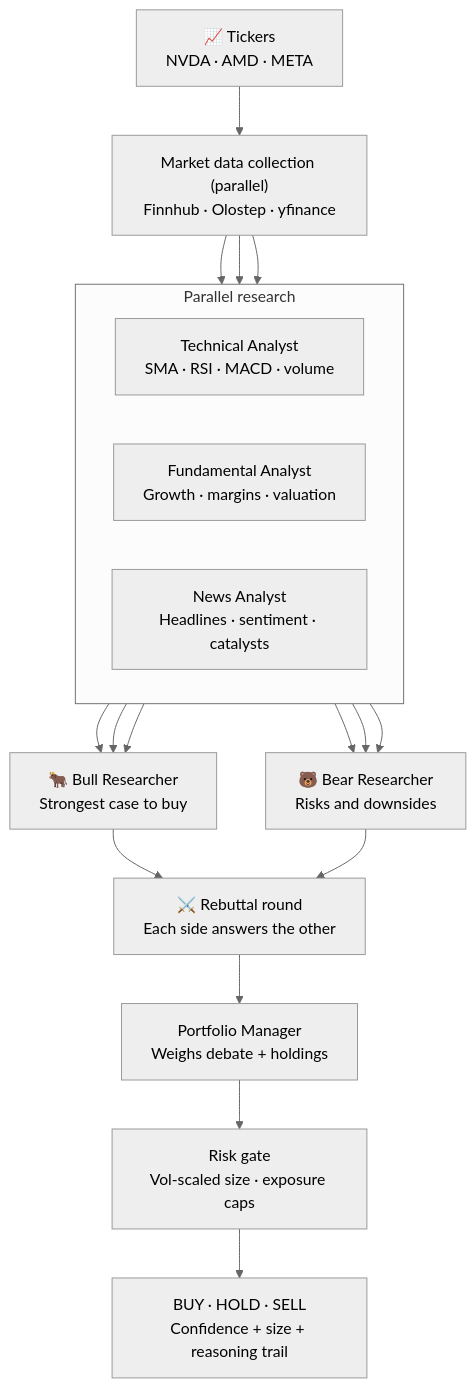
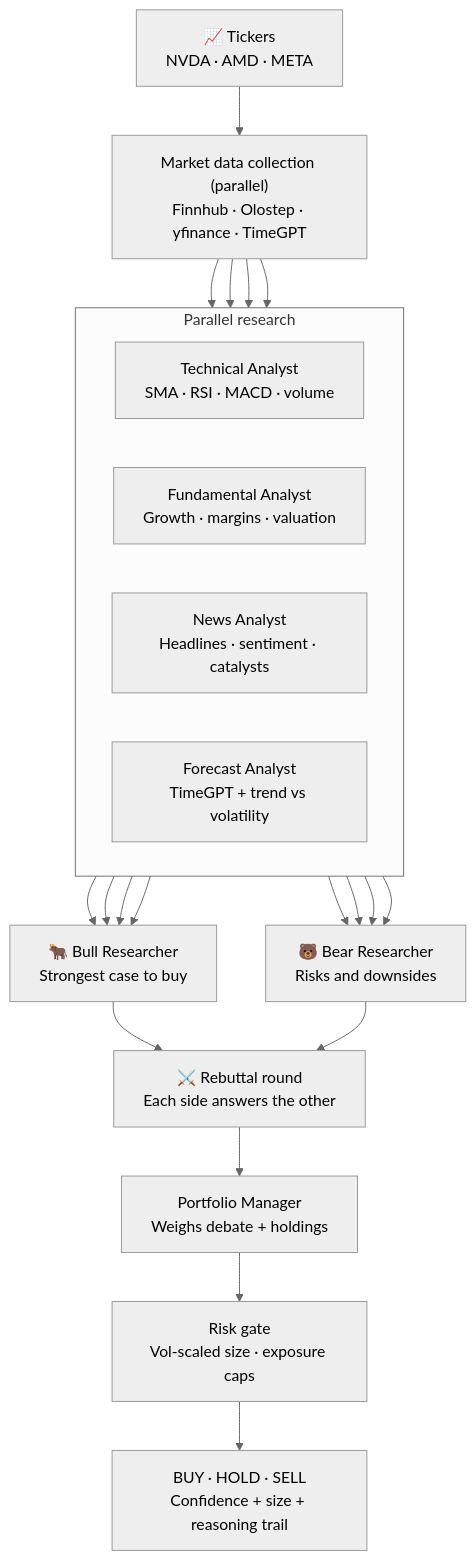
One commit to kingabzpro/BetterTradingAgents changed the diagram in README.md. Above: the diagram before and after it, drawn with Mermaid (neutral theme). The commit also changed other lines of this file and 28 other files, not shown here.

First line of the commit message:
Add forecast analyst and interactive run controls

````diff
--- a/README.md
+++ b/README.md
@@ -46,29 +46,33 @@
 ```mermaid
 flowchart TD
-    T["📈 Tickers<br/>NVDA · AMD · META"] --> D["Market data collection (parallel)<br/>Finnhub · Olostep · yfinance"]
+    T["📈 Tickers<br/>NVDA · AMD · META"] --> D["Market data collection (parallel)<br/>Finnhub · Olostep · yfinance · TimeGPT"]
 
     subgraph Research[Parallel research]
         direction LR
         TA["Technical Analyst<br/>SMA · RSI · MACD · volume"]
         FA["Fundamental Analyst<br/>Growth · margins · valuation"]
         NA["News Analyst<br/>Headlines · sentiment · catalysts"]
+        FC["Forecast Analyst<br/>TimeGPT + trend vs volatility"]
     end
 
     D --> TA
     D --> FA
     D --> NA
+    D --> FC
 
     TA --> BULL["🐂 Bull Researcher<br/>Strongest case to buy"]
     FA --> BULL
     NA --> BULL
+    FC --> BULL
     TA --> BEAR["🐻 Bear Researcher<br/>Risks and downsides"]
     FA --> BEAR
     NA --> BEAR
+    FC --> BEAR
 
     BULL --> RB["⚔️ Rebuttal round<br/>Each side answers the other"]
     BEAR --> RB
 
     RB --> PM["Portfolio Manager<br/>Weighs debate + holdings"]
     PM --> RISK["Risk gate<br/>Vol-scaled size · exposure caps"]
     RISK --> RESULT["BUY · HOLD · SELL<br/>Confidence + size + reasoning trail"]
 ```
````
